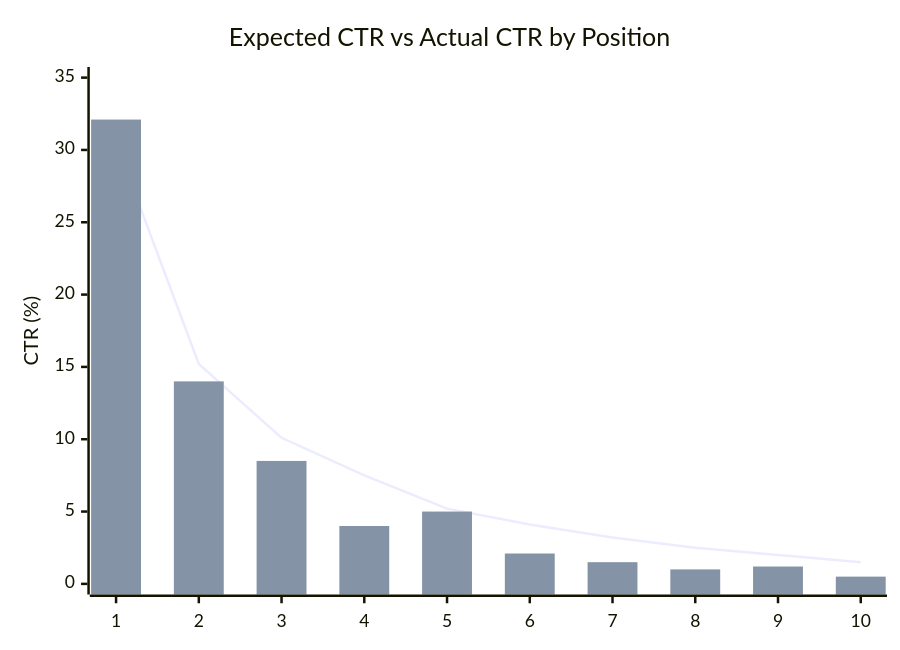
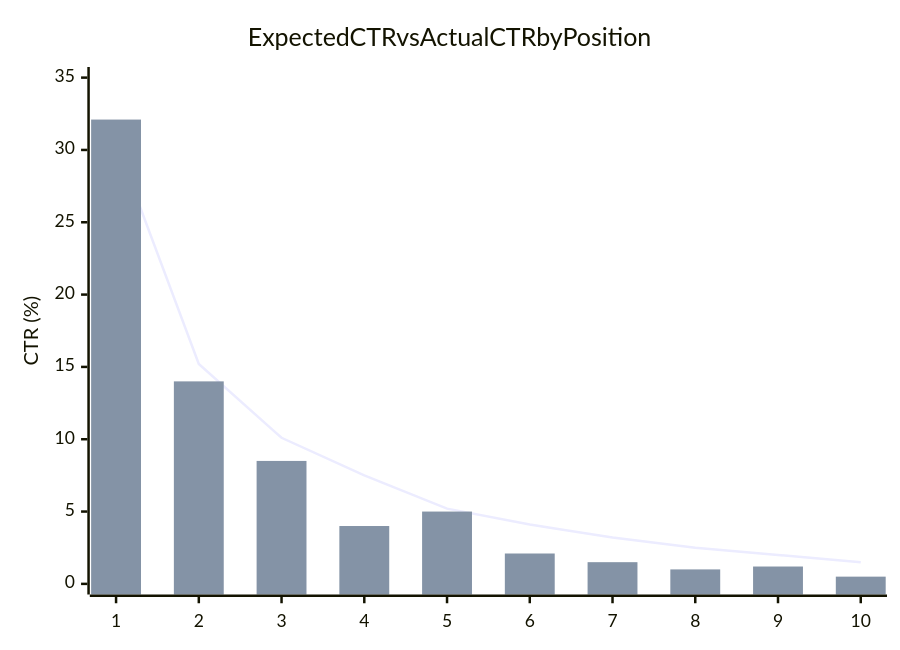
The first of 2 diagrams in content/post/gsc_rewrite/index.ar.md (kenjinote/blog), drawn with Mermaid before and after one commit. The commit also changed other lines of this file and 703 other files, not shown here.

Commit message:
Fix: Remove quotes from Mermaid link texts and timeline definitions to support Mermaid 11.4.1

````diff
--- a/content/post/gsc_rewrite/index.ar.md
+++ b/content/post/gsc_rewrite/index.ar.md
@@ -39,8 +39,8 @@
 ```mermaid
 xychart-beta
-    title "Expected CTR vs Actual CTR by Position"
+    title Expected CTR vs Actual CTR by Position
     x-axis ["1", "2", "3", "4", "5", "6", "7", "8", "9", "10"]
     y-axis "CTR (%)" 0 --> 35
     line [30.5, 15.2, 10.1, 7.5, 5.2, 4.1, 3.2, 2.5, 2.0, 1.5]
     bar [32.1, 14.0, 8.5, 4.0, 5.0, 2.1, 1.5, 1.0, 1.2, 0.5]
 ```
````
